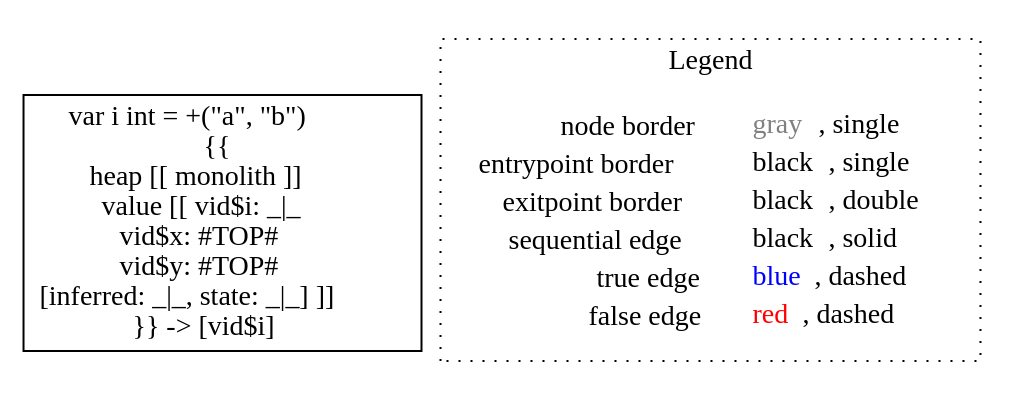
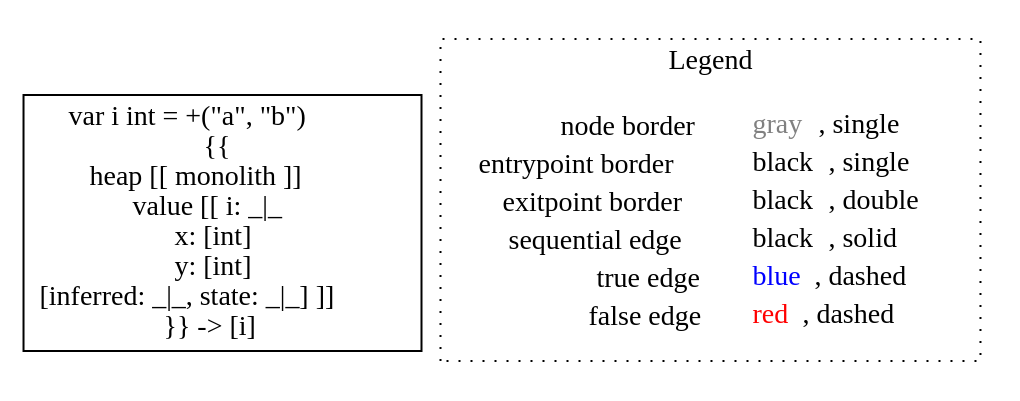
Before and after one commit to lisa-analyzer/go-lisa: the diagram in go-lisa/go-testcases/typing/typing___int_~LiSAProgram.typeError2(int_x,_int_y).dot, drawn with Graphviz. The commit also changed 10 other files, not shown here.

```diff
--- a/go-lisa/go-testcases/typing/typing___int_~LiSAProgram.typeError2(int_x,_int_y).dot
+++ b/go-lisa/go-testcases/typing/typing___int_~LiSAProgram.typeError2(int_x,_int_y).dot
@@ -1,10 +1,10 @@
 digraph {
-	"node0" [shape="rect",color="black",label=<var i int = +(&quot;a&quot;, &quot;b&quot;)<BR/>{{<BR/>heap [[ monolith ]]<BR/>value [[ vid$i: _|_<BR/>vid$x: #TOP#<BR/>vid$y: #TOP#<BR/>[inferred: _|_, state: _|_] ]]<BR/>}} -&gt; [vid$i]>];
+	"node0" [shape="rect",color="black",label=<var i int = +(&quot;a&quot;, &quot;b&quot;)<BR/>{{<BR/>heap [[ monolith ]]<BR/>value [[ i: _|_<BR/>x: [int]<BR/>y: [int]<BR/>[inferred: _|_, state: _|_] ]]<BR/>}} -&gt; [i]>];
 subgraph cluster_legend {
 	label="Legend";
 	style=dotted;
 	node [shape=plaintext];
 	"legend" [label=<<table border="0" cellpadding="2" cellspacing="0" cellborder="0"><tr><td align="right">node border&nbsp;</td><td align="left"><font color="gray">gray</font>, single</td></tr><tr><td align="right">entrypoint border&nbsp;</td><td align="left"><font color="black">black</font>, single</td></tr><tr><td align="right">exitpoint border&nbsp;</td><td align="left"><font color="black">black</font>, double</td></tr><tr><td align="right">sequential edge&nbsp;</td><td align="left"><font color="black">black</font>, solid</td></tr><tr><td align="right">true edge&nbsp;</td><td align="left"><font color="blue">blue</font>, dashed</td></tr><tr><td align="right">false edge&nbsp;</td><td align="left"><font color="red">red</font>, dashed</td></tr></table>>];
 }
 
 }
```
